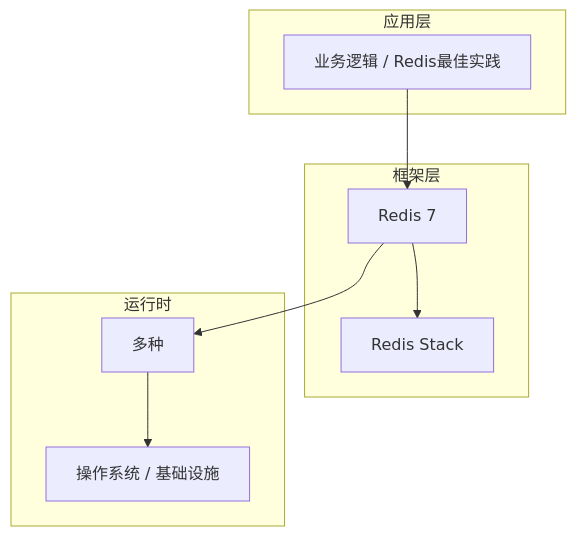
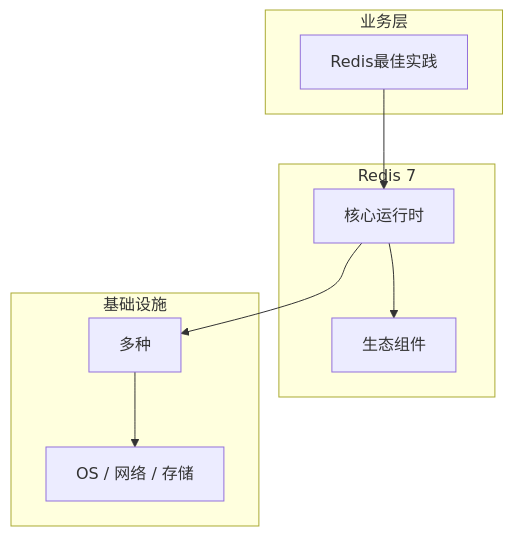
Before and after one commit to yanggan2015/knowledge-json-v2: the diagram in articles/Redis/chapters/115-Redis最佳实践核心概念与原理.md, drawn with Mermaid. The commit also changed other lines of this file and 10127 other files, not shown here.

````diff
--- a/articles/Redis/chapters/115-Redis最佳实践核心概念与原理.md
+++ b/articles/Redis/chapters/115-Redis最佳实践核心概念与原理.md
@@ -45,18 +34,18 @@
 ```mermaid
 graph TB
-    subgraph 应用层
-        A[业务逻辑 / Redis最佳实践]
+    subgraph 业务层
+        A[Redis最佳实践]
     end
-    subgraph 框架层
-        B[Redis 7]
-        C[Redis Stack]
+    subgraph Redis 7
+        B[核心运行时]
+        C[生态组件]
     end
-    subgraph 运行时
+    subgraph 基础设施
         D[多种]
-        E[操作系统 / 基础设施]
+        E[OS / 网络 / 存储]
     end
     A --> B
     B --> C
     B --> D
     D --> E
 ```
````
